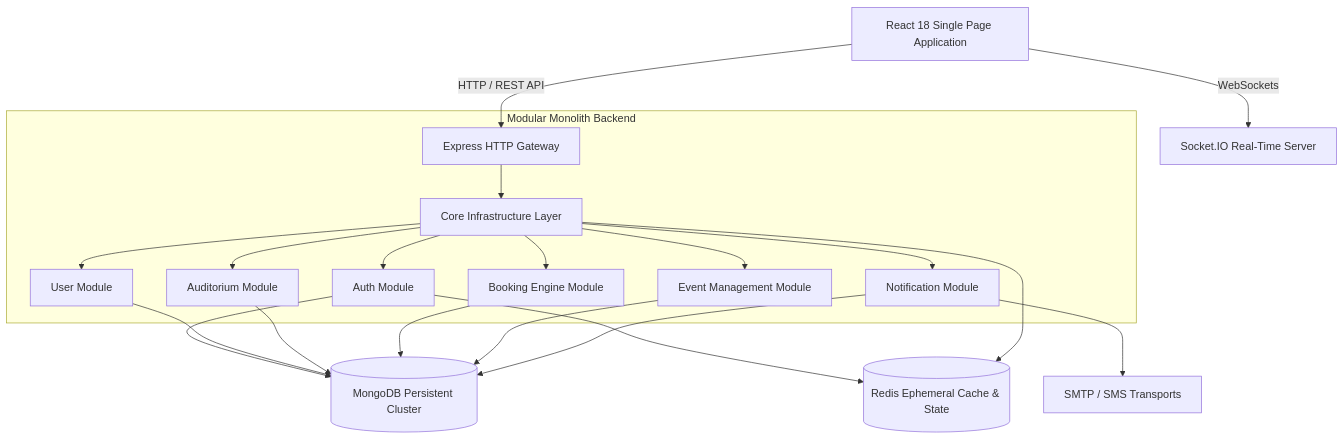
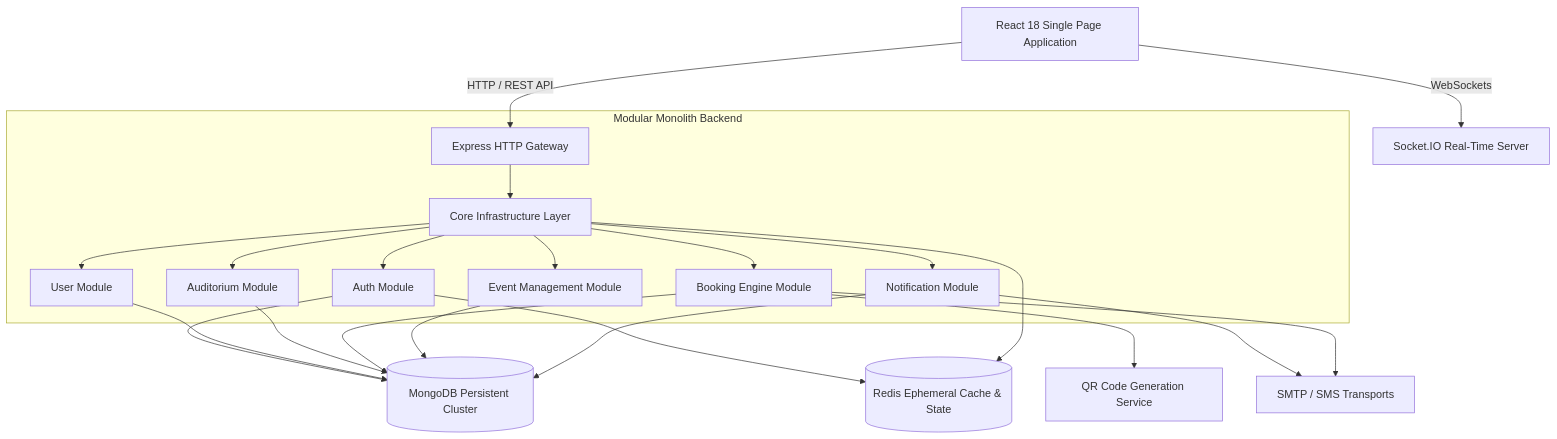
Before and after one commit to Tushar-Mittal-09/SABMS: the first of 2 diagrams in docs/HLD.md, drawn with Mermaid. The commit also changed other lines of this file and 18 other files, not shown here.

````diff
--- a/docs/HLD.md
+++ b/docs/HLD.md
@@ -13,26 +13,28 @@
 ```mermaid
 graph TD
     Client[React 18 Single Page Application] -->|HTTP / REST API| ExpressApp[Express HTTP Gateway]
     Client -->|WebSockets| SocketServer[Socket.IO Real-Time Server]
 
     subgraph Modular Monolith Backend
         ExpressApp --> CoreLayer[Core Infrastructure Layer]
         CoreLayer --> AuthModule[Auth Module]
         CoreLayer --> UserModule[User Module]
         CoreLayer --> AuditoriumModule[Auditorium Module]
         CoreLayer --> BookingModule[Booking Engine Module]
         CoreLayer --> EventModule[Event Management Module]
         CoreLayer --> NotificationModule[Notification Module]
     end
 
     AuthModule --> Mongo[(MongoDB Persistent Cluster)]
     UserModule --> Mongo
     AuditoriumModule --> Mongo
     BookingModule --> Mongo
     EventModule --> Mongo
     NotificationModule --> Mongo
 
     AuthModule --> Redis[(Redis Ephemeral Cache & State)]
     CoreLayer --> Redis
     NotificationModule --> SMTP[SMTP / SMS Transports]
+    BookingModule --> QRGen[QR Code Generation Service]
+    BookingModule --> SMTP
 ```
````
